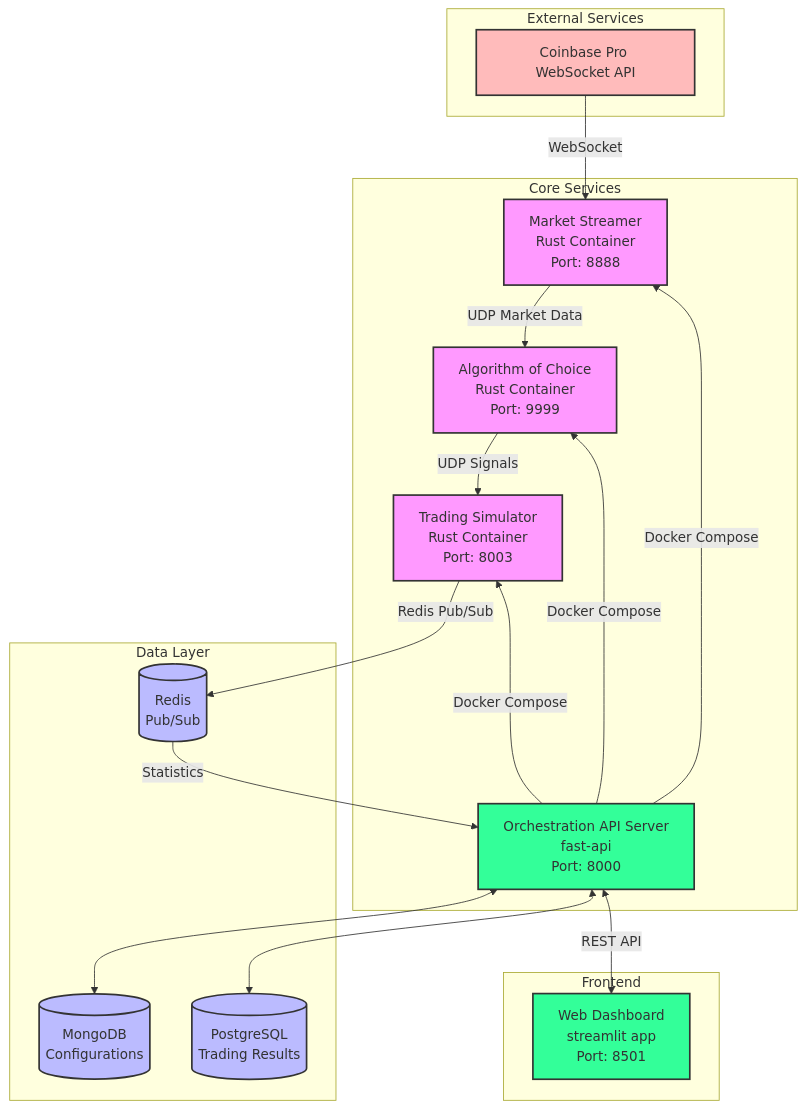
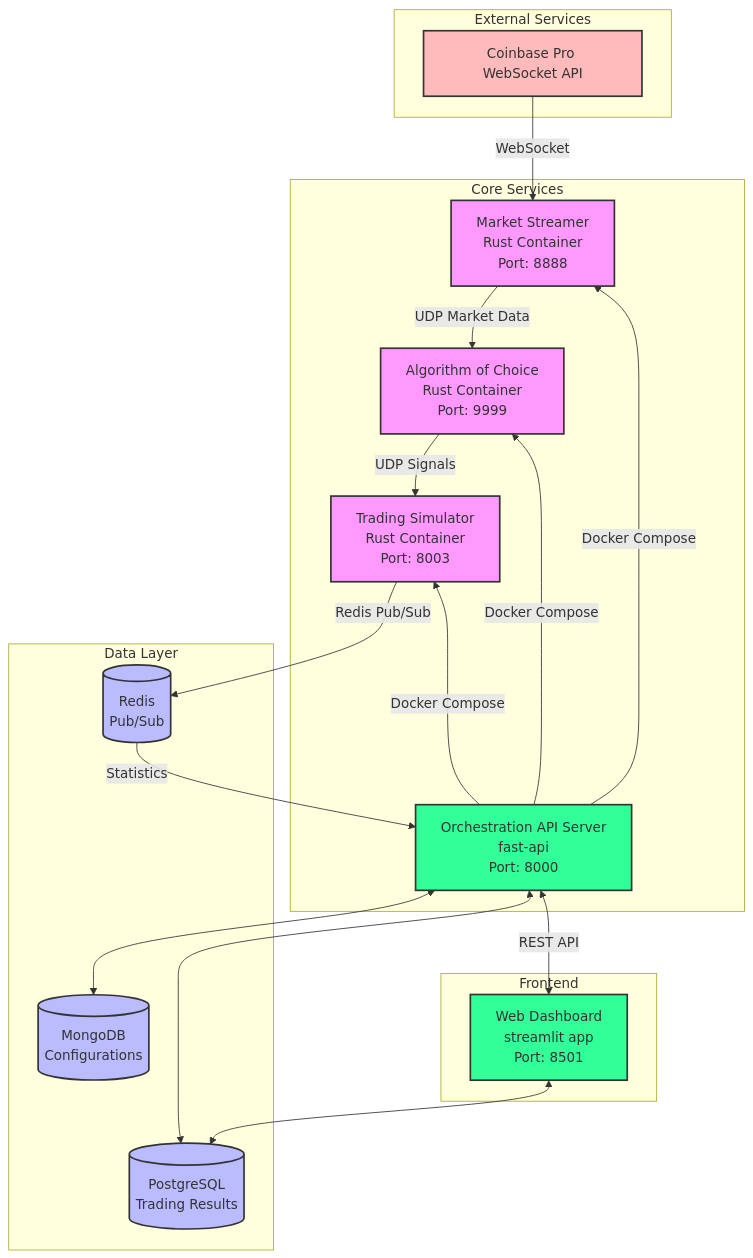
The diagram in README.md (aw-trade/docs), drawn with Mermaid before and after one commit.

Commit message:
marmaid tweek

````diff
--- a/README.md
+++ b/README.md
@@ -31,53 +31,54 @@
 ```mermaid
 graph TB
     subgraph "External Services"
         CB[Coinbase Pro WebSocket API]
     end
     
     subgraph "Data Layer"
         MG[(MongoDB<br/>Configurations)]
         PG[(PostgreSQL<br/>Trading Results)]
         RD[(Redis<br/>Pub/Sub)]
 
   
     end
     
     subgraph "Frontend"
         WEB[Web Dashboard<br/>streamlit app<br/>Port: 8501]
     end
     
     subgraph "Core Services"
         MS[Market Streamer<br/>Rust Container<br/>Port: 8888]
         ALGO[Algorithm of Choice<br/>Rust Container<br/> Port: 9999]
         TS[Trading Simulator<br/>Rust Container<br/>Port: 8003]
         API[Orchestration API Server <br/>fast-api<br/>Port: 8000]
     end
     
     %% Data Flow
     CB -->|WebSocket| MS
     MS -->|UDP Market Data| ALGO
     ALGO -->|UDP Signals| TS
     TS -->|Redis Pub/Sub| RD
     RD -->|Statistics| API
     API <-->|REST API| WEB
     
     %% Database Connections
     API <--> PG
     API <--> MG
+    WEB <--> PG
 
     
     %% Management
     API -->|Docker Compose| TS
     API -->|Docker Compose| ALGO
     API -->|Docker Compose| MS
     
     classDef rust fill:#f9f,stroke:#333,stroke-width:2px
     classDef python fill:#3f9,stroke:#333,stroke-width:2px
     classDef database fill:#bbf,stroke:#333,stroke-width:2px
     classDef external fill:#fbb,stroke:#333,stroke-width:2px
     
     class MS,ALGO,TS rust
     class API,WEB python
     class PG,MG,RD database
     class CB external
 ```
````
